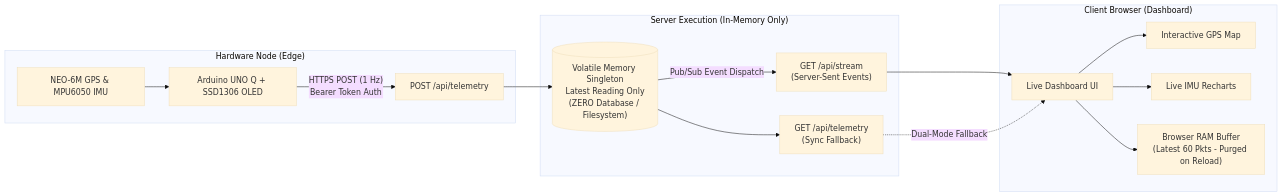
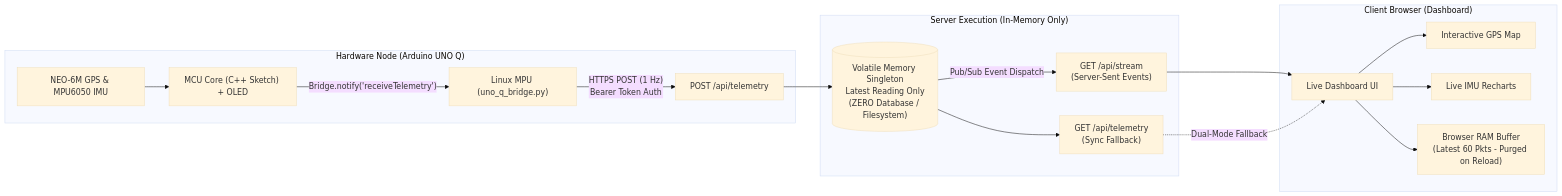
One commit to devanshvpurohit/arduino-uno-q-iot-dashboard changed the diagram in README.md. Above: the diagram before and after it, drawn with Mermaid (base theme). The commit also changed other lines of this file and 11 other files, not shown here.

Commit message:
feat: integrate Arduino UNO Q App Lab Python bridge with Vercel API

````diff
--- a/README.md
+++ b/README.md
@@ -11,21 +11,22 @@
 ```mermaid
 flowchart LR
-    subgraph Edge ["Hardware Node (Edge)"]
-        Sensors["NEO-6M GPS & MPU6050 IMU"] --> MCU["Arduino UNO Q + SSD1306 OLED"]
-        MCU -->|"HTTPS POST (1 Hz)<br/>Bearer Token Auth"| Endpoint["POST /api/telemetry"]
+    subgraph Edge ["Hardware Node (Arduino UNO Q)"]
+        Sensors["NEO-6M GPS & MPU6050 IMU"] --> MCU["MCU Core (C++ Sketch) + OLED"]
+        MCU -->|"Bridge.notify('receiveTelemetry')"| Linux["Linux MPU (uno_q_bridge.py)"]
+        Linux -->|"HTTPS POST (1 Hz)<br/>Bearer Token Auth"| Endpoint["POST /api/telemetry"]
     end
 
     subgraph Server ["Server Execution (In-Memory Only)"]
         Endpoint --> Store[("Volatile Memory Singleton<br/>Latest Reading Only<br/>(ZERO Database / Filesystem)")]
         Store -->|"Pub/Sub Event Dispatch"| SSE["GET /api/stream<br/>(Server-Sent Events)"]
         Store --> Poll["GET /api/telemetry<br/>(Sync Fallback)"]
     end
 
     subgraph Client ["Client Browser (Dashboard)"]
         SSE --> UI["Live Dashboard UI"]
         Poll -.->|"Dual-Mode Fallback"| UI
         UI --> Map["Interactive GPS Map"]
         UI --> Charts["Live IMU Recharts"]
         UI --> RAM["Browser RAM Buffer<br/>(Latest 60 Pkts - Purged on Reload)"]
     end
 ```
````
